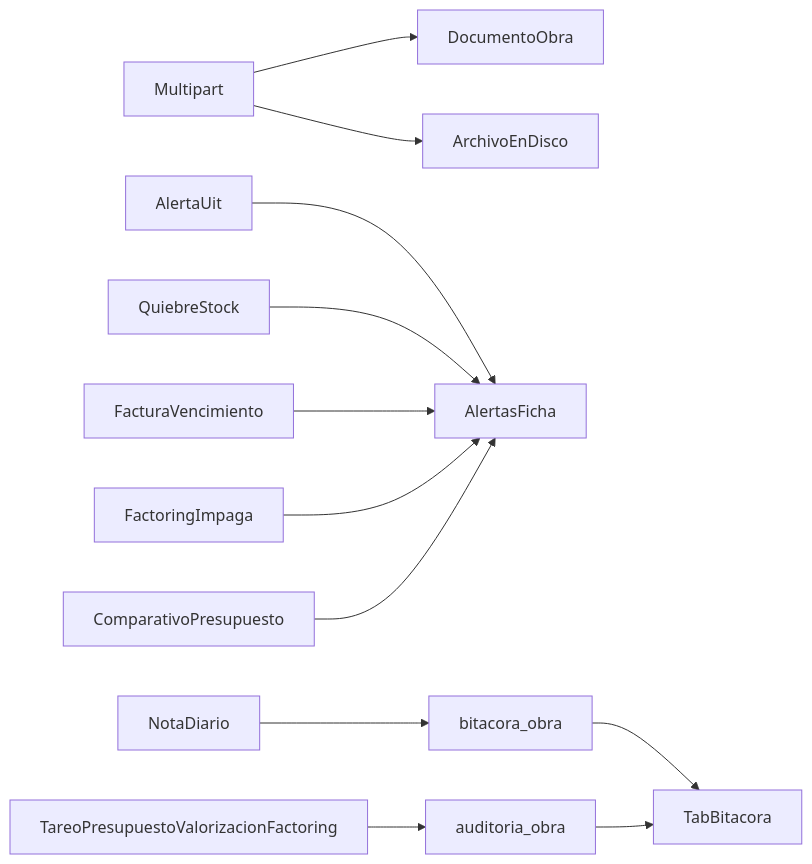
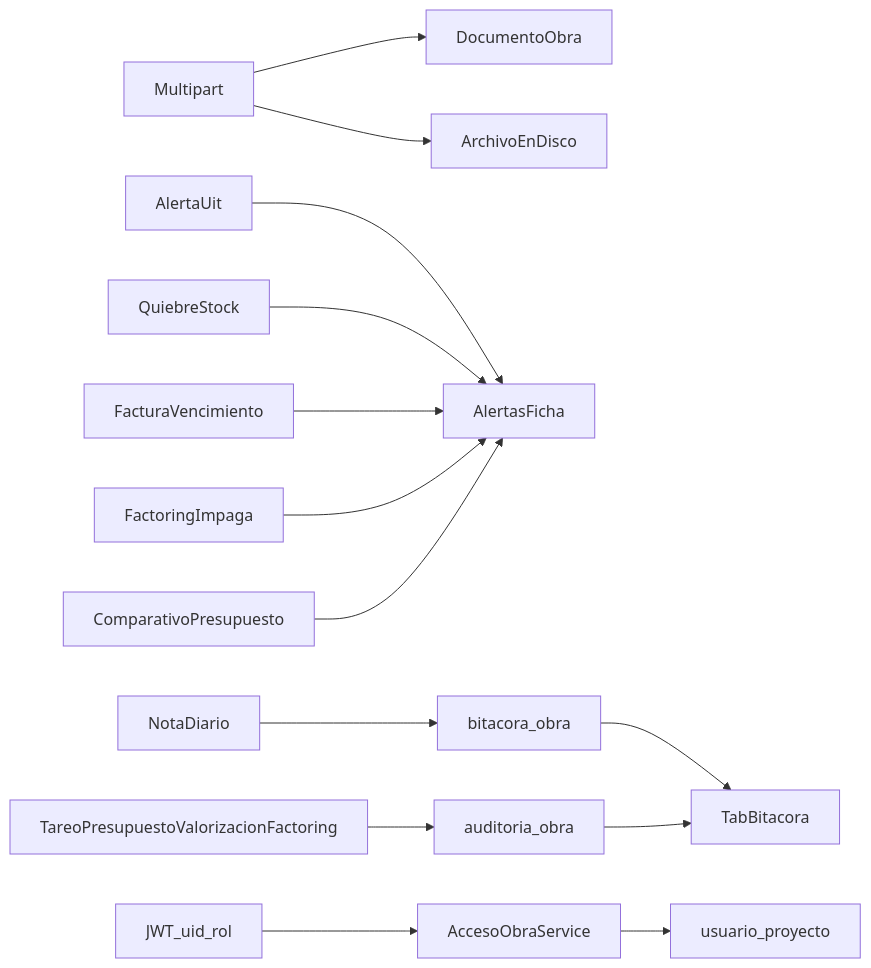
Before and after one commit to foreverLilRed/Convecsa-ERP: the seventh of 7 diagrams in docs/proyectos/seguimiento-proyectos.md, drawn with Mermaid. The commit also changed other lines of this file and 30 other files, not shown here.

````diff
--- a/docs/proyectos/seguimiento-proyectos.md
+++ b/docs/proyectos/seguimiento-proyectos.md
@@ -523,14 +528,16 @@
 ```mermaid
 flowchart LR
   Subida[Multipart] --> Meta[DocumentoObra]
   Subida --> Disco[ArchivoEnDisco]
   Uit[AlertaUit] --> Panel[AlertasFicha]
   Stock[QuiebreStock] --> Panel
   Vence[FacturaVencimiento] --> Panel
   Impaga[FactoringImpaga] --> Panel
   Desvio[ComparativoPresupuesto] --> Panel
   Nota[NotaDiario] --> Bitacora[bitacora_obra]
   Mutacion[TareoPresupuestoValorizacionFactoring] --> Auditoria[auditoria_obra]
   Bitacora --> Tab[TabBitacora]
   Auditoria --> Tab
+  Jwt[JWT_uid_rol] --> Guard[AccesoObraService]
+  Guard --> Asignacion[usuario_proyecto]
 ```
````
